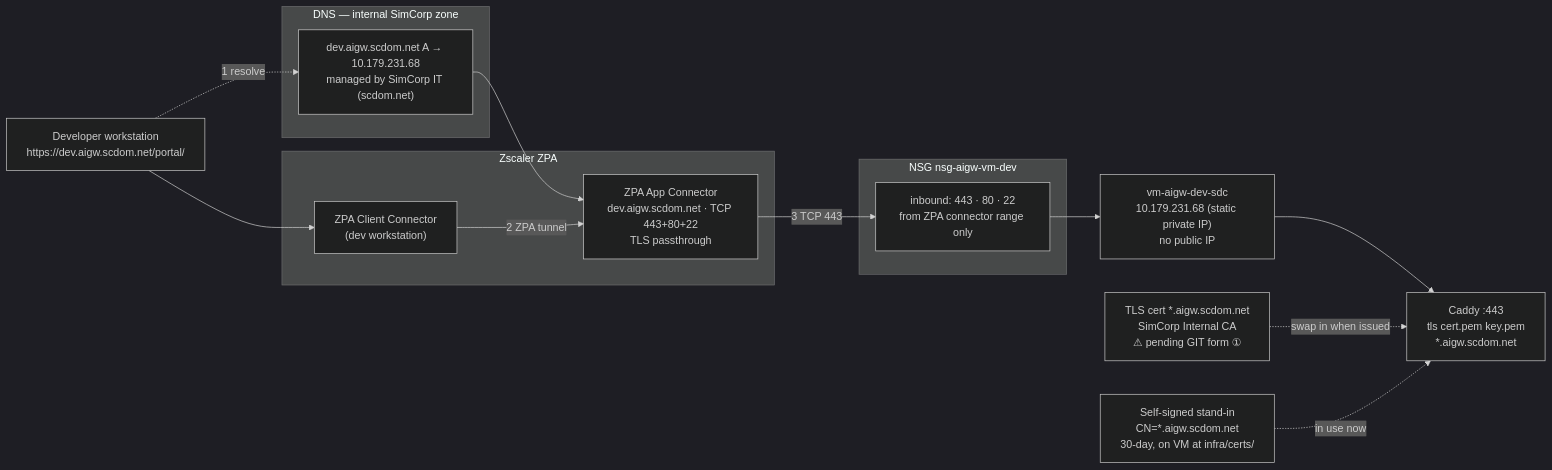
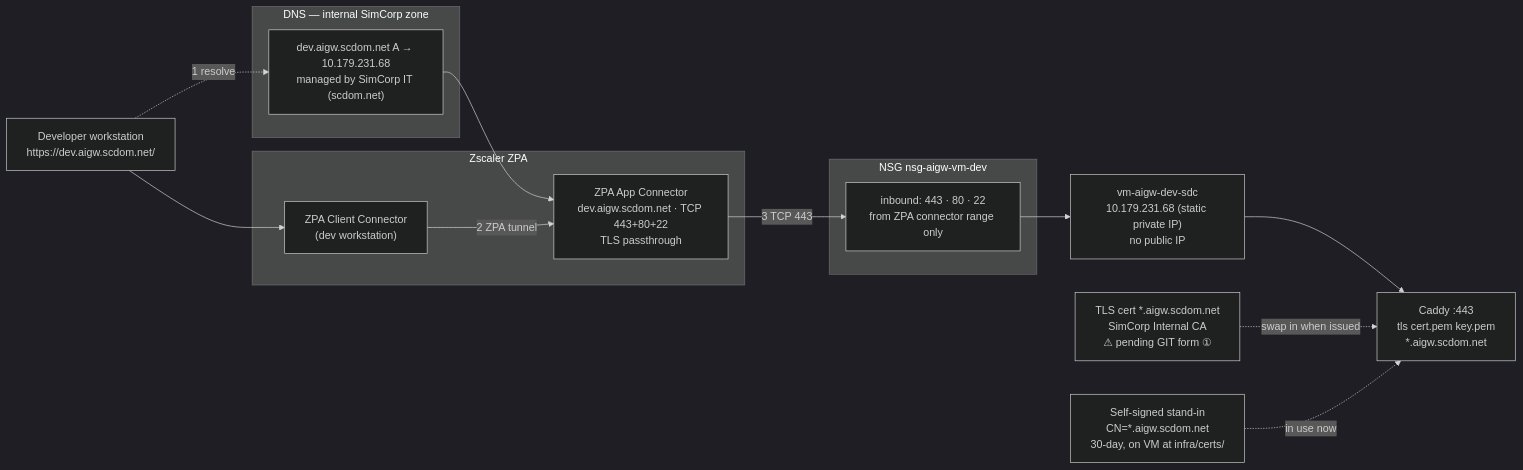
The third of 3 diagrams in docs/architecture/ai-gw-architecture.md (SimCorp/ai-gw), drawn with Mermaid (dark theme) before and after one commit. The commit also changed 96 other files, not shown here.

````diff
--- a/docs/architecture/ai-gw-architecture.md
+++ b/docs/architecture/ai-gw-architecture.md
@@ -164,29 +164,29 @@
 ```mermaid
 flowchart LR
-  dev["Developer workstation\nhttps://dev.aigw.scdom.net/portal/"]
+  dev["Developer workstation\nhttps://dev.aigw.scdom.net/"]
 
   subgraph DNSZ["DNS — internal SimCorp zone"]
     int["dev.aigw.scdom.net A → 10.179.231.68\nmanaged by SimCorp IT (scdom.net)"]
   end
 
   subgraph ZPA["Zscaler ZPA"]
     zcc["ZPA Client Connector\n(dev workstation)"]
     zac["ZPA App Connector\ndev.aigw.scdom.net · TCP 443+80+22\nTLS passthrough"]
   end
 
   subgraph NSG["NSG nsg-aigw-vm-dev"]
     nsg["inbound: 443 · 80 · 22\nfrom ZPA connector range only"]
   end
 
   vm["vm-aigw-dev-sdc\n10.179.231.68 (static private IP)\nno public IP"]
   caddy["Caddy :443\ntls cert.pem key.pem\n*.aigw.scdom.net"]
   cert_issued["TLS cert *.aigw.scdom.net\nSimCorp Internal CA\n⚠ pending GIT form ①"]
   cert_interim["Self-signed stand-in\nCN=*.aigw.scdom.net\n30-day, on VM at infra/certs/"]
 
   dev -. "1 resolve" .-> int
   dev --> zcc
   int --> zac
   zcc -->|"2 ZPA tunnel"| zac -->|"3 TCP 443"| nsg --> vm --> caddy
   cert_issued -. "swap in when issued" .-> caddy
   cert_interim -. "in use now" .-> caddy
 ```
````
